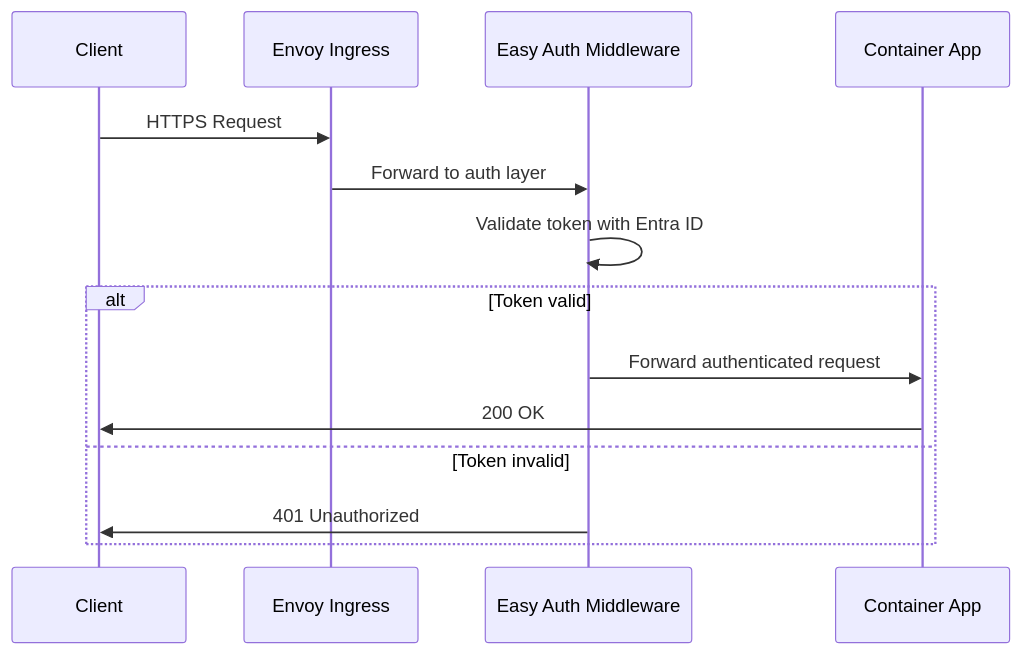
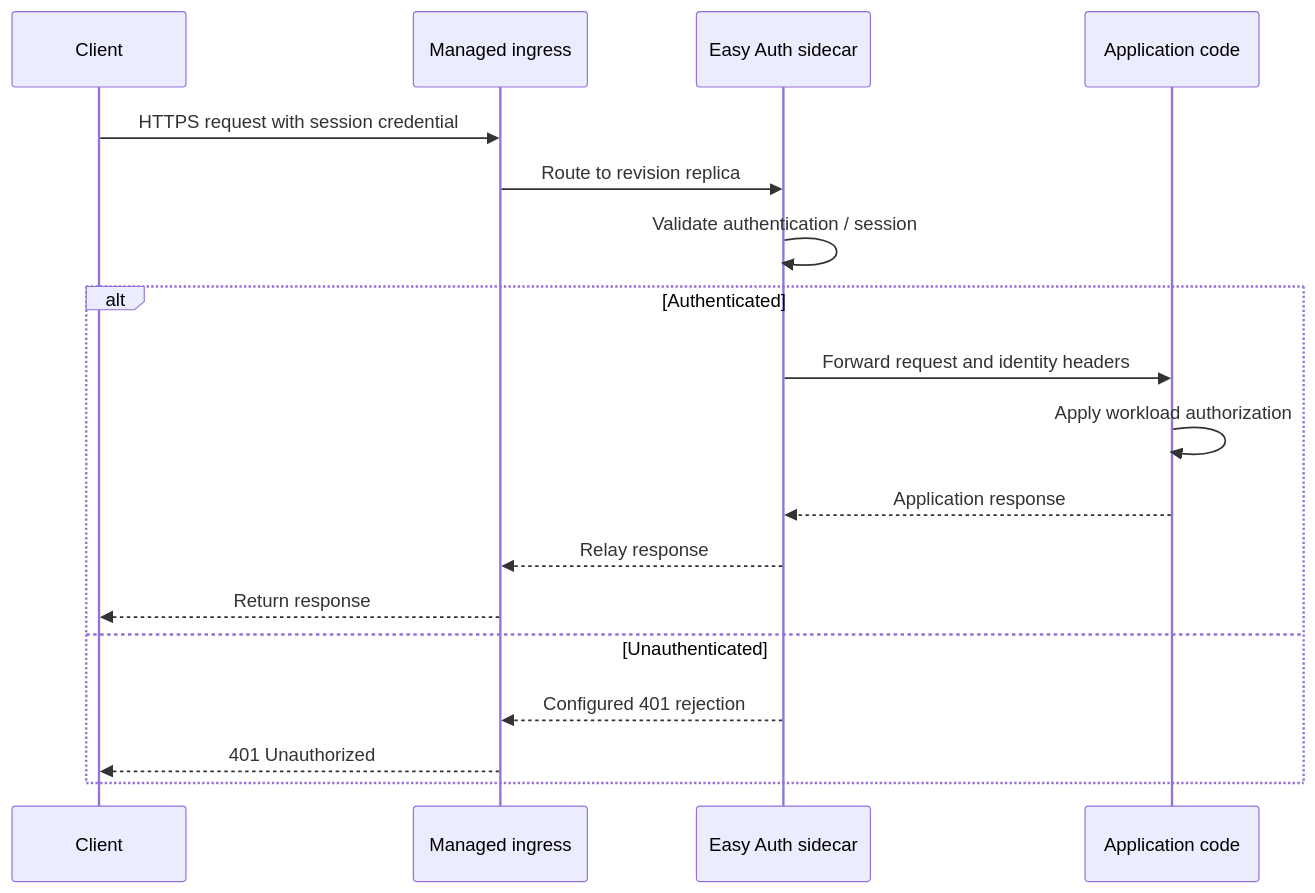
One commit to yeongseon/azure-container-apps-practical-guide changed the third of 6 diagrams in docs/platform/security/index.md. Above: the diagram before and after it, drawn with Mermaid. The commit also changed other lines of this file and 5 other files, not shown here.

First line of the commit message:
docs(diagrams): migrate the Container Apps platform security diagrams (#605)

````diff
--- a/docs/platform/security/index.md
+++ b/docs/platform/security/index.md
@@ -255,17 +255,23 @@
 ```mermaid
 sequenceDiagram
+    accTitle: Easy Auth request and response sequence with authentication required
+    accDescr: After sign-in, ingress routes a request to a replica's Easy Auth sidecar. An authenticated request reaches application code, which makes workload authorization decisions. An unauthenticated request receives the configured 401 response from Easy Auth. Responses return through ingress.
     participant C as Client
-    participant E as Envoy Ingress
-    participant A as Easy Auth Middleware
-    participant App as Container App
+    participant E as Managed ingress
+    participant A as Easy Auth sidecar
+    participant App as Application code
 
-    C->>E: HTTPS Request
-    E->>A: Forward to auth layer
-    A->>A: Validate token with Entra ID
-    alt Token valid
-        A->>App: Forward authenticated request
-        App->>C: 200 OK
-    else Token invalid
-        A->>C: 401 Unauthorized
+    C->>E: HTTPS request with session credential
+    E->>A: Route to revision replica
+    A->>A: Validate authentication / session
+    alt Authenticated
+        A->>App: Forward request and identity headers
+        App->>App: Apply workload authorization
+        App-->>A: Application response
+        A-->>E: Relay response
+        E-->>C: Return response
+    else Unauthenticated
+        A-->>E: Configured 401 rejection
+        E-->>C: 401 Unauthorized
     end
 ```
````
